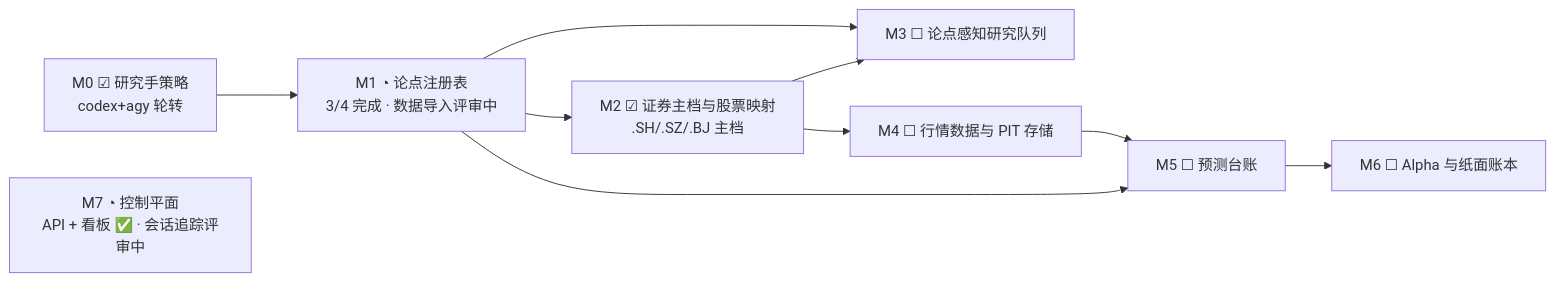
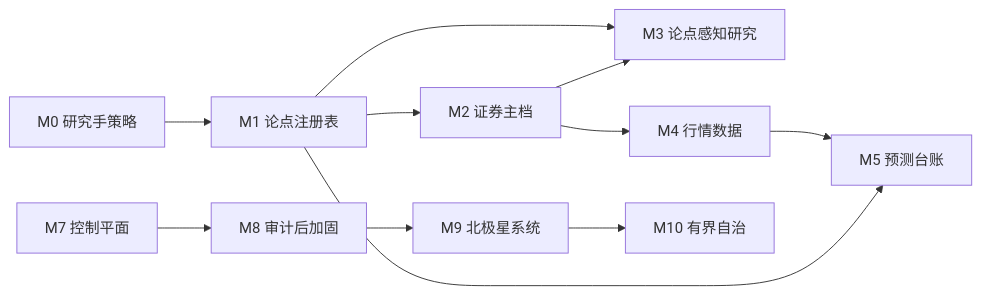
One commit to dmquant/institute-one changed the first of 2 diagrams in README.zh-CN.md. Above: the diagram before and after it, drawn with Mermaid. The commit also changed other lines of this file and 15 other files, not shown here.

Commit message:
Add roadmap acceptance protocol: safe reconciliation + idempotent creates (M7-011)

````diff
--- a/README.zh-CN.md
+++ b/README.zh-CN.md
@@ -155,15 +155,18 @@
 ```mermaid
 flowchart LR
-    M0["M0 ☑ 研究手策略<br/>codex+agy 轮转"]
-    M1["M1 ◔ 论点注册表<br/>3/4 完成 · 数据导入评审中"]
-    M2["M2 ☑ 证券主档与股票映射<br/>.SH/.SZ/.BJ 主档"]
-    M3["M3 ☐ 论点感知研究队列"]
-    M4["M4 ☐ 行情数据与 PIT 存储"]
-    M5["M5 ☐ 预测台账"]
-    M6["M6 ☐ Alpha 与纸面账本"]
-    M7["M7 ◔ 控制平面<br/>API + 看板 ✅ · 会话追踪评审中"]
+    M0["M0 研究手策略"]
+    M1["M1 论点注册表"]
+    M2["M2 证券主档"]
+    M3["M3 论点感知研究"]
+    M4["M4 行情数据"]
+    M5["M5 预测台账"]
+    M7["M7 控制平面"]
+    M8["M8 审计后加固"]
+    M9["M9 北极星系统"]
+    M10["M10 有界自治"]
     M0 --> M1 --> M2
     M1 & M2 --> M3
-    M2 --> M4 --> M5 --> M6
+    M2 --> M4 --> M5
     M1 --> M5
+    M7 --> M8 --> M9 --> M10
 ```
````
